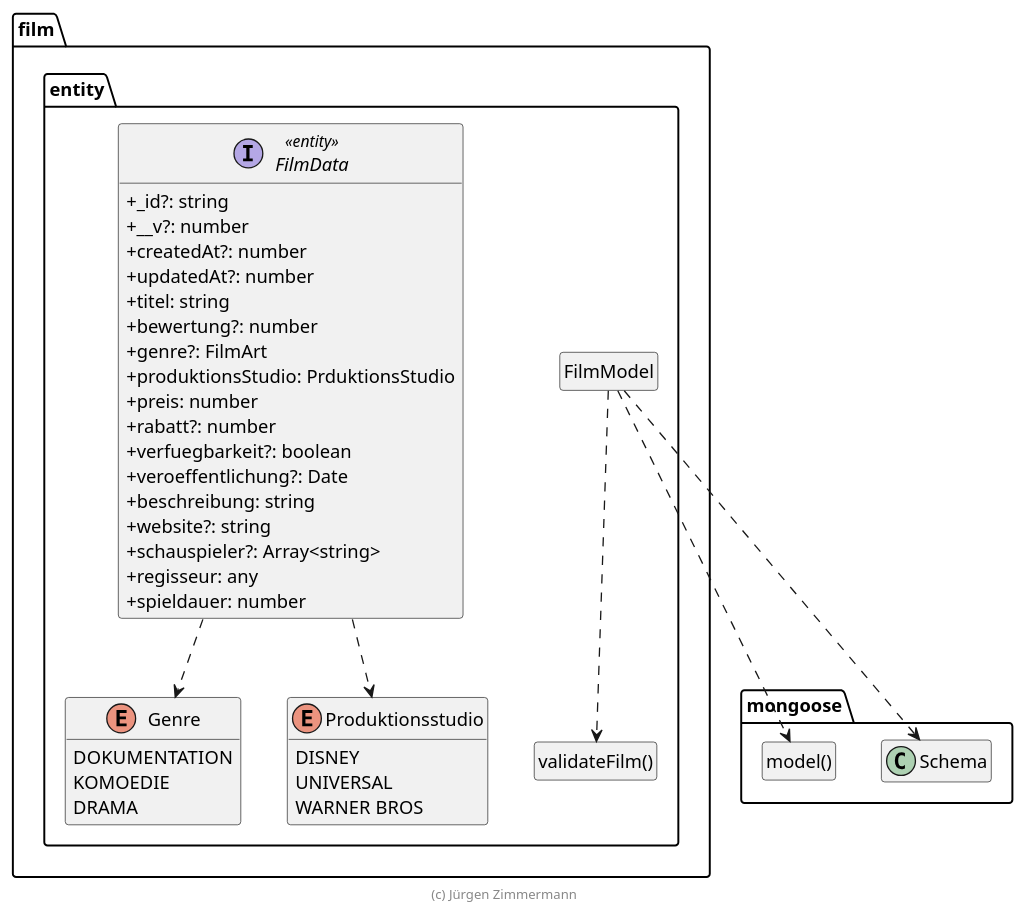
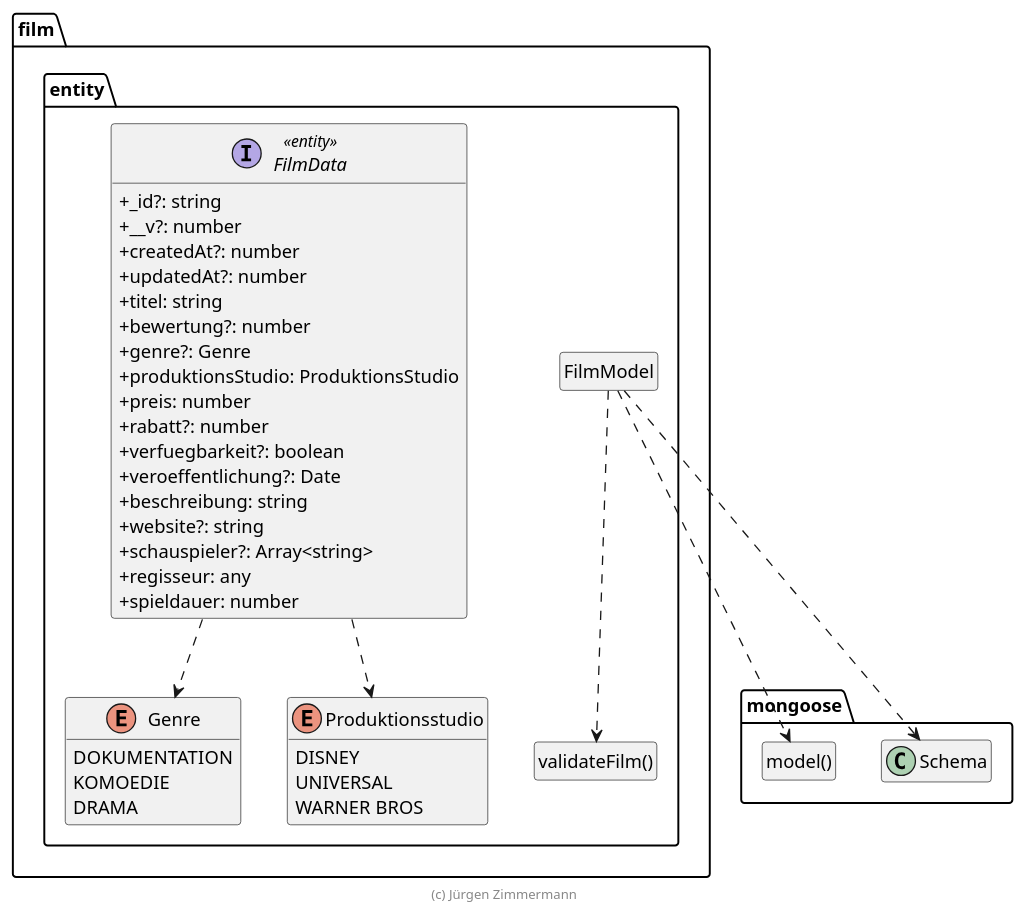
One commit to tanermemili/ss21_swe_grp5_abgabe1-1 changed the diagram in doc/entwicklerhandbuch/Film.puml. Above: the diagram before and after it, drawn with PlantUML.

Commit message:
Rechtschreibkorrekturen in der Film.puml

```diff
--- a/doc/entwicklerhandbuch/Film.puml
+++ b/doc/entwicklerhandbuch/Film.puml
@@ -15,65 +15,65 @@
 @startuml Anwendungskern
 
 !pragma useNewPackage
 skinparam classAttributeIconSize 0
 skinparam componentStyle uml2
 
 package mongoose {
   class Schema
 
   class "model()" as model
   hide model circle
 }
 
 package film.entity {
   class "validateFilm()" as validateFilm
   hide validateFilm circle
 
   class FilmModel
   hide FilmModel circle
 
   FilmModel ..> Schema
   FilmModel ..> model
   FilmModel ..> validateFilm
 
   FilmData ..> Genre
   FilmData ..> Produktionsstudio
 
   enum Genre {
     DOKUMENTATION
     KOMOEDIE
     DRAMA
   }
 
   enum Produktionsstudio {
     DISNEY
     UNIVERSAL
     WARNER BROS
   }
 
   interface FilmData <<entity>> {
     + _id?: string
     + __v?: number
     + createdAt?: number
     + updatedAt?: number
     + titel: string
     + bewertung?: number
-    + genre?: FilmArt
-    + produktionsStudio: PrduktionsStudio
+    + genre?: Genre
+    + produktionsStudio: ProduktionsStudio
     + preis: number
     + rabatt?: number
     + verfuegbarkeit?: boolean
     + veroeffentlichung?: Date
     + beschreibung: string
     + website?: string
     + schauspieler?: Array<string>
     + regisseur: any
     + spieldauer: number
   }
 }
 
 hide empty members
 
 footer (c) Jürgen Zimmermann
 
 @enduml
```
